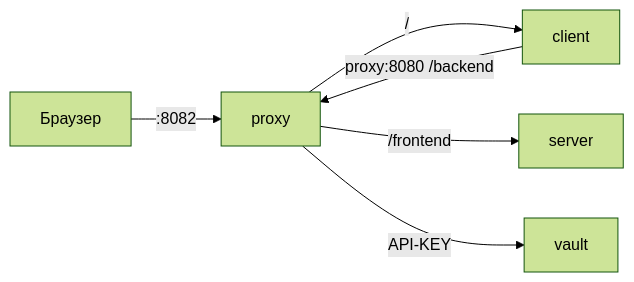
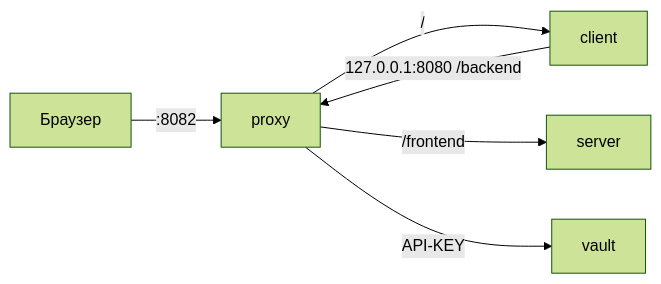
One commit to qo0p/e-imzo-doc changed the first of 5 diagrams in README.md. Above: the diagram before and after it, drawn with Mermaid (forest theme). The commit also changed other lines of this file and 13 other files, not shown here.

First line of the commit message:
Harden proxy, close vault port, keep client source unchanged

````diff
--- a/README.md
+++ b/README.md
@@ -20,8 +21,8 @@
 ```mermaid
 flowchart LR
   browser[Браузер] -->|:8082| proxy
   proxy -->|/| client
   proxy -->|/frontend| server
-  client -->|proxy:8080 /backend| proxy
+  client -->|127.0.0.1:8080 /backend| proxy
   proxy -->|API-KEY| vault
 ```
````
